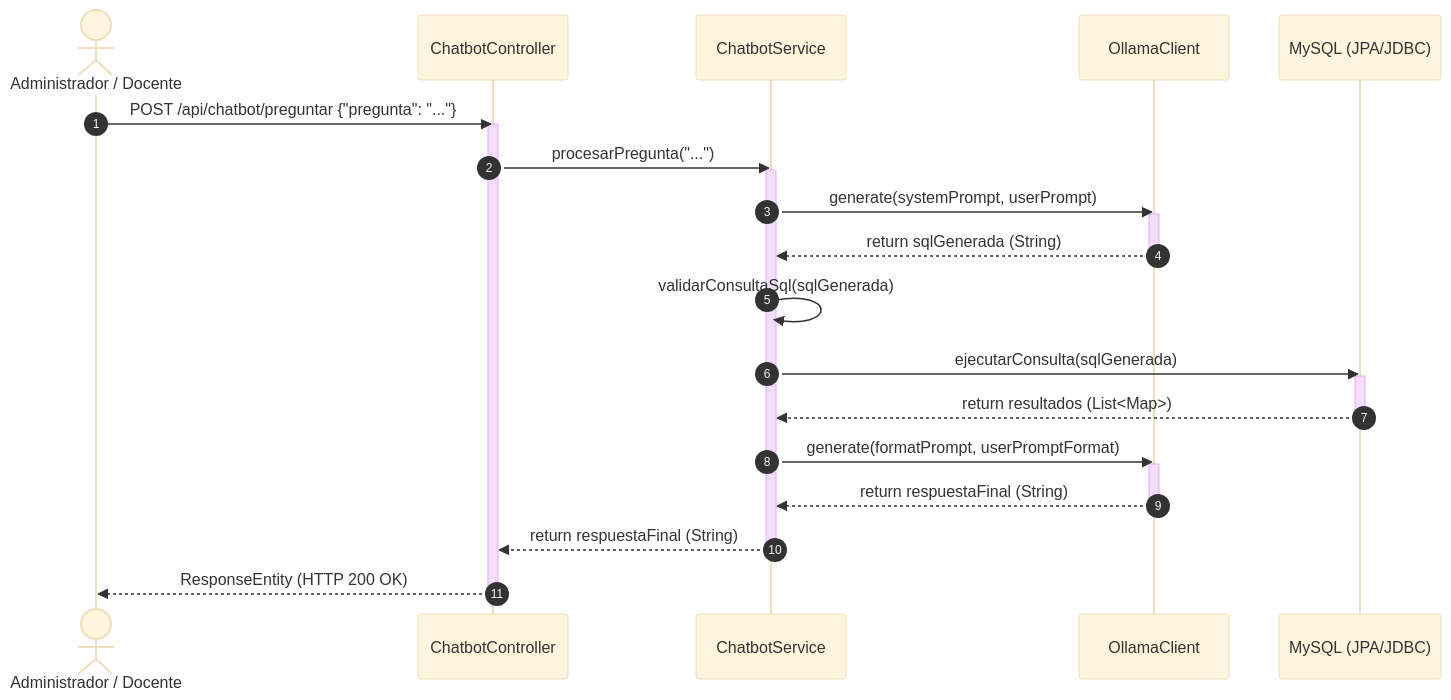
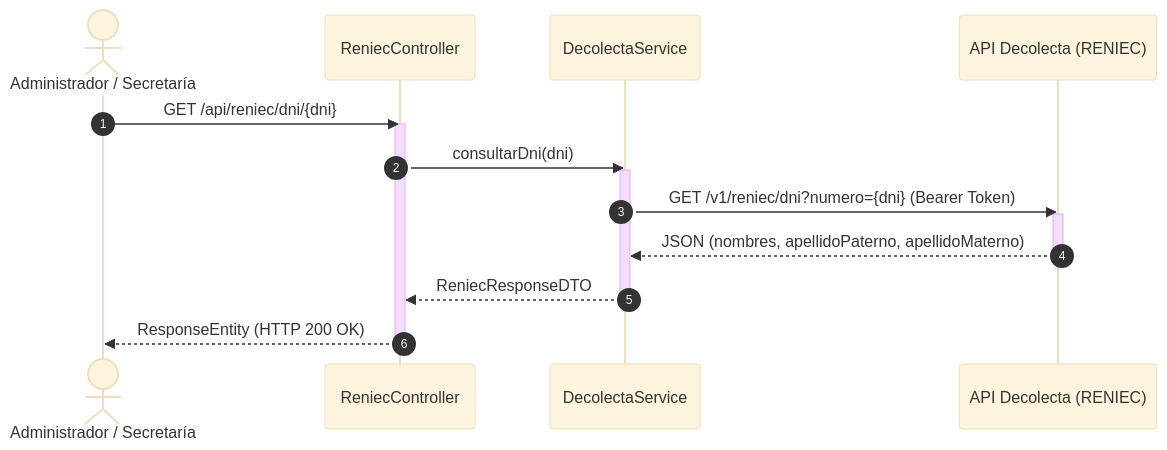
Diagram 14 of 17 in Mis_documentos/Informe_ING_Software.md (Xoryex/Proyecto_Escuela), drawn with Mermaid (base theme) before and after one commit. The commit also changed other lines of this file and 9 other files, not shown here.

````diff
--- a/Mis_documentos/Informe_ING_Software.md
+++ b/Mis_documentos/Informe_ING_Software.md
@@ -1292,31 +1287,21 @@
 ```mermaid
 sequenceDiagram
     autonumber
-    actor Admin as Administrador / Docente
-    participant Ctrl as ChatbotController
-    participant Serv as ChatbotService
-    participant Client as OllamaClient
-    participant DB as MySQL (JPA/JDBC)
+    actor Admin as Administrador / Secretaría
+    participant Ctrl as ReniecController
+    participant Serv as DecolectaService
+    participant API as API Decolecta (RENIEC)
 
-    Admin->>Ctrl: POST /api/chatbot/preguntar {"pregunta": "..."}
+    Admin->>Ctrl: GET /api/reniec/dni/{dni}
     activate Ctrl
-    Ctrl->>Serv: procesarPregunta("...")
+    Ctrl->>Serv: consultarDni(dni)
     activate Serv
-    Serv->>Client: generate(systemPrompt, userPrompt)
-    activate Client
-    Client-->>Serv: return sqlGenerada (String)
-    deactivate Client
-    Serv->>Serv: validarConsultaSql(sqlGenerada)
-    Serv->>DB: ejecutarConsulta(sqlGenerada)
-    activate DB
-    DB-->>Serv: return resultados (List<Map>)
-    deactivate DB
-    Serv->>Client: generate(formatPrompt, userPromptFormat)
-    activate Client
-    Client-->>Serv: return respuestaFinal (String)
-    deactivate Client
-    Serv-->>Ctrl: return respuestaFinal (String)
+    Serv->>API: GET /v1/reniec/dni?numero={dni} (Bearer Token)
+    activate API
+    API-->>Serv: JSON (nombres, apellidoPaterno, apellidoMaterno)
+    deactivate API
+    Serv-->>Ctrl: ReniecResponseDTO
     deactivate Serv
     Ctrl-->>Admin: ResponseEntity (HTTP 200 OK)
     deactivate Ctrl
 ```
````
